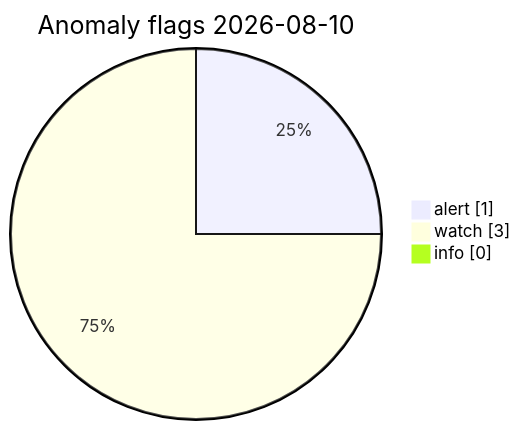
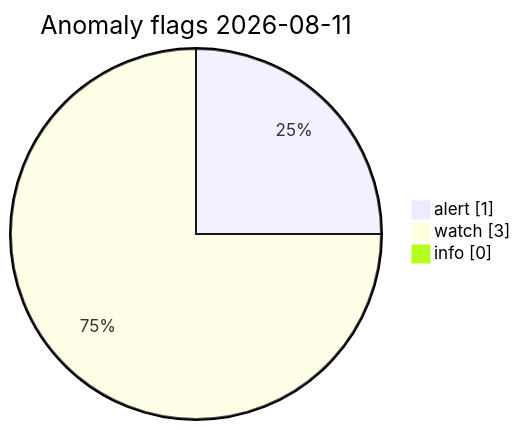
One commit to Midwest-Stratospheric/Unified-Open-Global-Weather changed the diagram in visuals/latest/CHARTS.md. Above: the diagram before and after it, drawn with Mermaid. The commit also changed other lines of this file and 11 other files, not shown here.

Commit message:
data(visuals): automated charts 2026-08-11T09:44Z

````diff
--- a/visuals/latest/CHARTS.md
+++ b/visuals/latest/CHARTS.md
@@ -73,7 +73,7 @@
 ```mermaid
 pie showData
-  title Anomaly flags 2026-08-10
+  title Anomaly flags 2026-08-11
   "alert" : 1
   "watch" : 3
   "info" : 0
 ```
````
